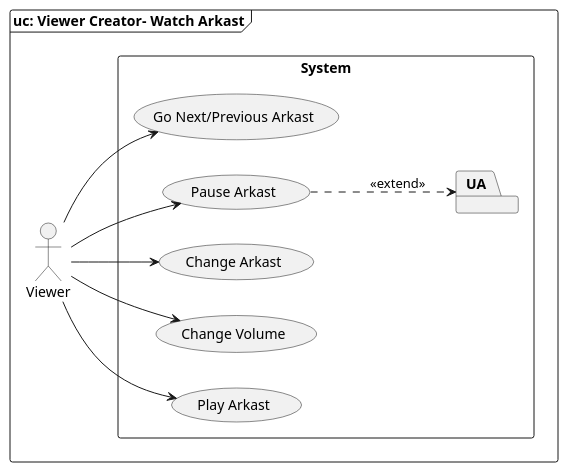
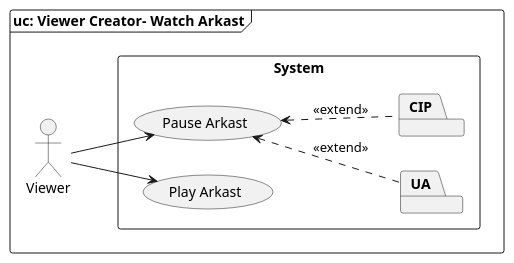
One commit to SSMM0498/arkad-conception changed the diagram in models/1.UseCase/3.1.UseCase.puml. Above: the diagram before and after it, drawn with PlantUML. The commit also changed 5 other files, not shown here.

```diff
--- a/models/1.UseCase/3.1.UseCase.puml
+++ b/models/1.UseCase/3.1.UseCase.puml
@@ -1,25 +1,25 @@
 @startuml UseCase
 left to right direction
 skinparam shadowing false
 skinparam monochrome true
 
 frame "uc: Viewer Creator- Watch Arkast" {
     actor Viewer
     ' actor Creator
 
     rectangle System {
         :Viewer: --> (Play Arkast)
-        :Viewer: --> (Change Volume)
-        :Viewer: --> (Change Arkast)
         :Viewer: --> (Pause Arkast)
-        :Viewer: --> (Go Next/Previous Arkast)
 
-        (Pause Arkast) ..> UA : <<extend>>
+        (Pause Arkast) <.. UA : <<extend>>
+        (Pause Arkast) <.. CIP : <<extend>>
 
         package "Use Arkad" as UA {
-            
+        }
+
+        package "Manage Interaction Point" as CIP {
         }
     }
 }
 
 @enduml
```
